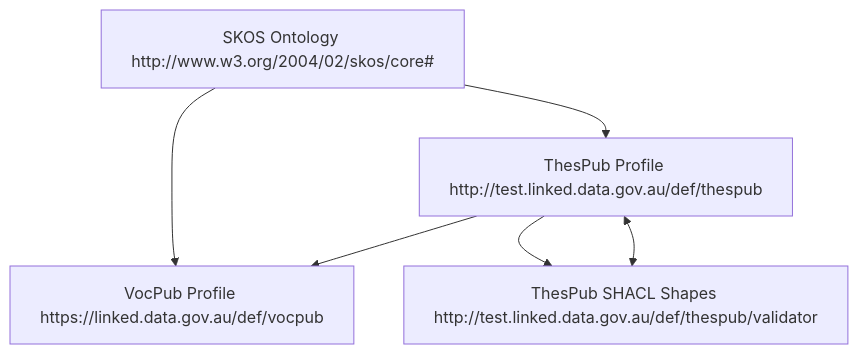
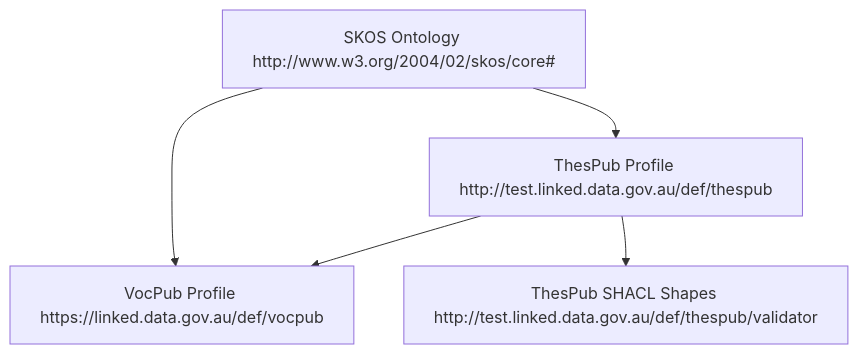
One commit to leskneebone/thespub changed the diagram in README.md. Above: the diagram before and after it, drawn with Mermaid.

````diff
--- a/README.md
+++ b/README.md
@@ -20,15 +20,14 @@
 ```mermaid
 graph TD
 
 SKOS["SKOS Ontology http://www.w3.org/2004/02/skos/core#"]
 VOC["VocPub Profile https://linked.data.gov.au/def/vocpub"]
 THES["ThesPub Profile http://test.linked.data.gov.au/def/thespub"]
 SHACL["ThesPub SHACL Shapes http://test.linked.data.gov.au/def/thespub/validator"]
 
 SKOS --> VOC
 SKOS --> THES
 THES --> VOC
 THES --> SHACL
 
-THES <--> SHACL
 ```
````
